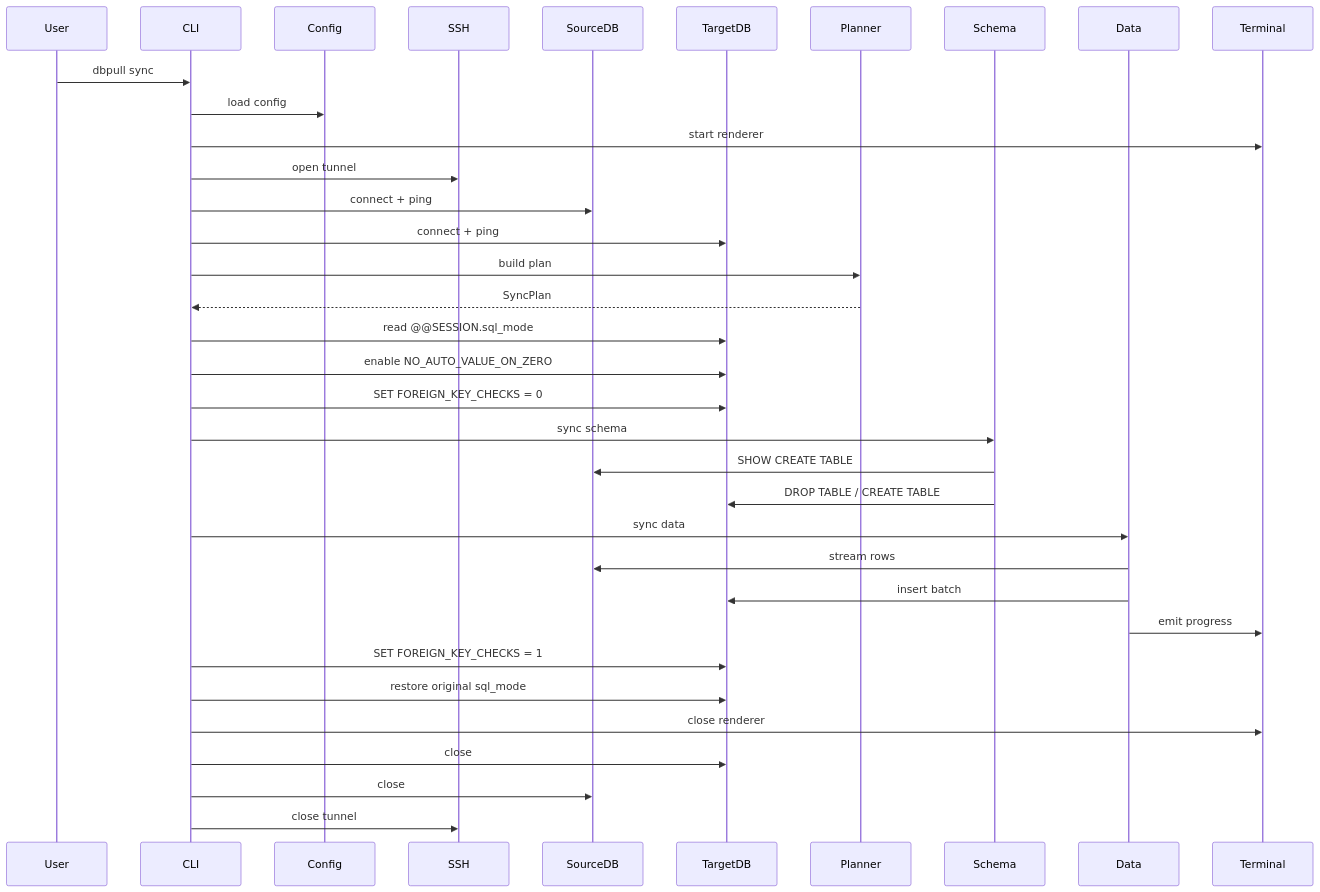
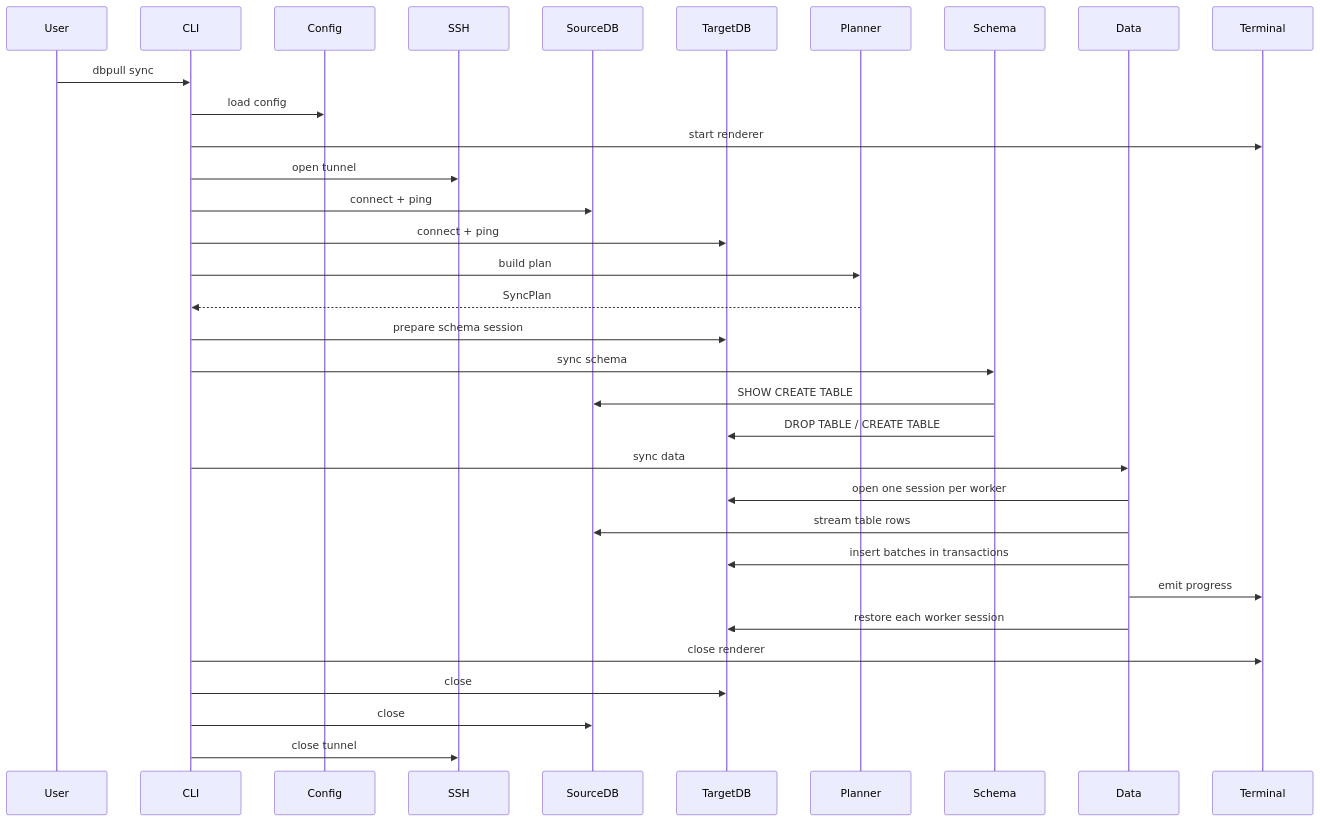
The fourth of 4 diagrams in TDD.md (faisallbhr/dbpull), drawn with Mermaid before and after one commit. The commit also changed other lines of this file and 15 other files, not shown here.

````diff
--- a/TDD.md
+++ b/TDD.md
@@ -463,38 +472,36 @@
 ```mermaid
 sequenceDiagram
     participant User
     participant CLI
     participant Config
     participant SSH
     participant SourceDB
     participant TargetDB
     participant Planner
     participant Schema
     participant Data
     participant Terminal
 
     User->>CLI: dbpull sync
     CLI->>Config: load config
     CLI->>Terminal: start renderer
     CLI->>SSH: open tunnel
     CLI->>SourceDB: connect + ping
     CLI->>TargetDB: connect + ping
     CLI->>Planner: build plan
     Planner-->>CLI: SyncPlan
-    CLI->>TargetDB: read @@SESSION.sql_mode
-    CLI->>TargetDB: enable NO_AUTO_VALUE_ON_ZERO
-    CLI->>TargetDB: SET FOREIGN_KEY_CHECKS = 0
+    CLI->>TargetDB: prepare schema session
     CLI->>Schema: sync schema
     Schema->>SourceDB: SHOW CREATE TABLE
     Schema->>TargetDB: DROP TABLE / CREATE TABLE
     CLI->>Data: sync data
-    Data->>SourceDB: stream rows
-    Data->>TargetDB: insert batch
+    Data->>TargetDB: open one session per worker
+    Data->>SourceDB: stream table rows
+    Data->>TargetDB: insert batches in transactions
     Data->>Terminal: emit progress
-    CLI->>TargetDB: SET FOREIGN_KEY_CHECKS = 1
-    CLI->>TargetDB: restore original sql_mode
+    Data->>TargetDB: restore each worker session
     CLI->>Terminal: close renderer
     CLI->>TargetDB: close
     CLI->>SourceDB: close
     CLI->>SSH: close tunnel
 ```
````
